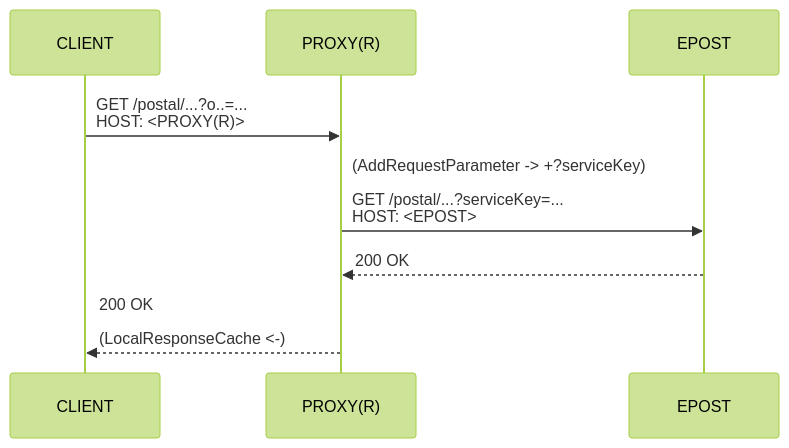
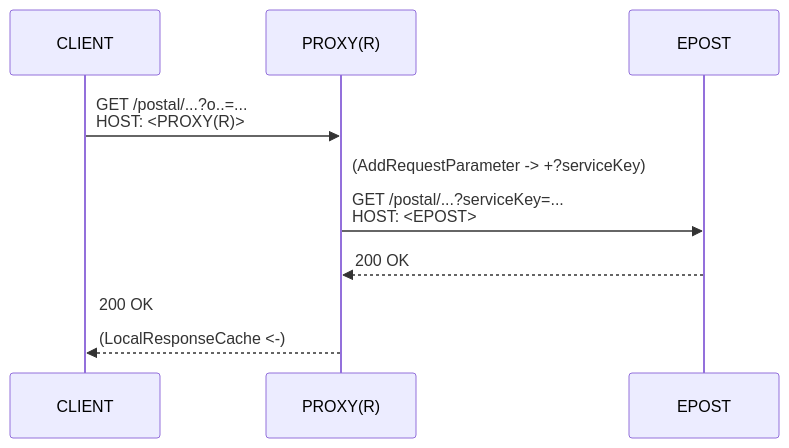
Before and after one commit to jinahya/epost-openapi-proxy: the second of 3 diagrams in README.md, drawn with Mermaid. The commit also changed other lines of this file and 49 other files, not shown here.

````diff
--- a/README.md
+++ b/README.md
@@ -38,19 +32,13 @@
 ```mermaid
 %%{init: {
-  'theme': 'forest',
-  'themeVariables': {
-    'primaryColor': '#BB2528',
-    'primaryTextColor': '#fff',
-    'background': '#BB2528'
-   },
   'sequence': {
     'messageAlign': 'left'
    },
   'fontFamily': 'monospace'
 }}%%
 sequenceDiagram
     CLIENT->>PROXY(R): GET /postal/...?o..=...<br>HOST: <PROXY(R)>
     PROXY(R)->>EPOST: (AddRequestParameter -> +?serviceKey)<br><br>GET /postal/...?serviceKey=...<br>HOST: <EPOST>
     EPOST-->>PROXY(R): 200 OK
     PROXY(R)-->>CLIENT: 200 OK<br><br>(LocalResponseCache <-)
 ```
````
